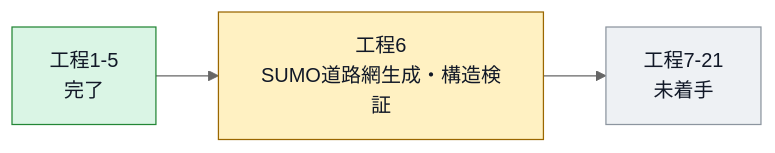
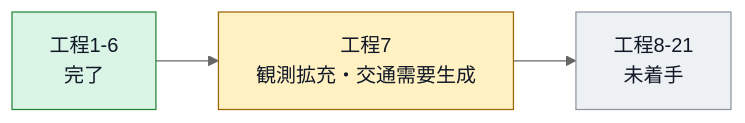
One commit to tkm-sano/kmd-analysis changed the diagram in RESEARCH_STATUS.md. Above: the diagram before and after it, drawn with Mermaid (neutral theme). The commit also changed other lines of this file and 18 other files, not shown here.

````diff
--- a/RESEARCH_STATUS.md
+++ b/RESEARCH_STATUS.md
@@ -16,11 +16,11 @@
 ```mermaid
 flowchart LR
-    completed["工程1-5<br>完了"] --> current["工程6<br>SUMO道路網生成・構造検証"]
-    current --> future["工程7-21<br>未着手"]
+    completed["工程1-6<br>完了"] --> current["工程7<br>観測拡充・交通需要生成"]
+    current --> future["工程8-21<br>未着手"]
     classDef done fill:#daf5e5,stroke:#238636,color:#111827;
     classDef active fill:#fff1c2,stroke:#9a6700,color:#111827;
     classDef future fill:#eef1f4,stroke:#8c959f,color:#111827;
     class completed done;
     class current active;
     class future future;
 ```
````
